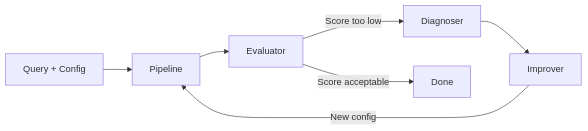
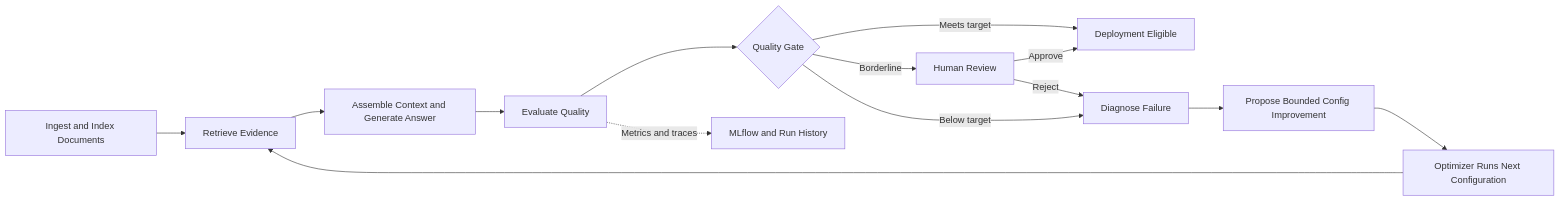
One commit to KUMAR-MOHANRAJAN/genai-projects changed the first of 7 diagrams in self-improving-rag/Self_Improving_RAG_Guide.md. Above: the diagram before and after it, drawn with Mermaid. The commit also changed other lines of this file and 7 other files, not shown here.

````diff
--- a/self-improving-rag/Self_Improving_RAG_Guide.md
+++ b/self-improving-rag/Self_Improving_RAG_Guide.md
@@ -37,9 +71,19 @@
 ```mermaid
 flowchart LR
-    A[Query + Config] --> B[Pipeline]
-    B --> C[Evaluator]
-    C -->|Score too low| D[Diagnoser]
-    D --> E[Improver]
-    E -->|New config| B
-    C -->|Score acceptable| F[Done]
+    A[Ingest and Index Documents] --> B[Retrieve Evidence]
+    B --> C[Assemble Context and Generate Answer]
+    C --> D[Evaluate Quality]
+    D --> E{Quality Gate}
+
+    E -->|Meets target| F[Deployment Eligible]
+    E -->|Borderline| G[Human Review]
+    E -->|Below target| H[Diagnose Failure]
+    G -->|Approve| F
+    G -->|Reject| H
+
+    H --> I[Propose Bounded Config Improvement]
+    I --> J[Optimizer Runs Next Configuration]
+    J --> B
+
+    D -. Metrics and traces .-> K[MLflow and Run History]
 ```
````
